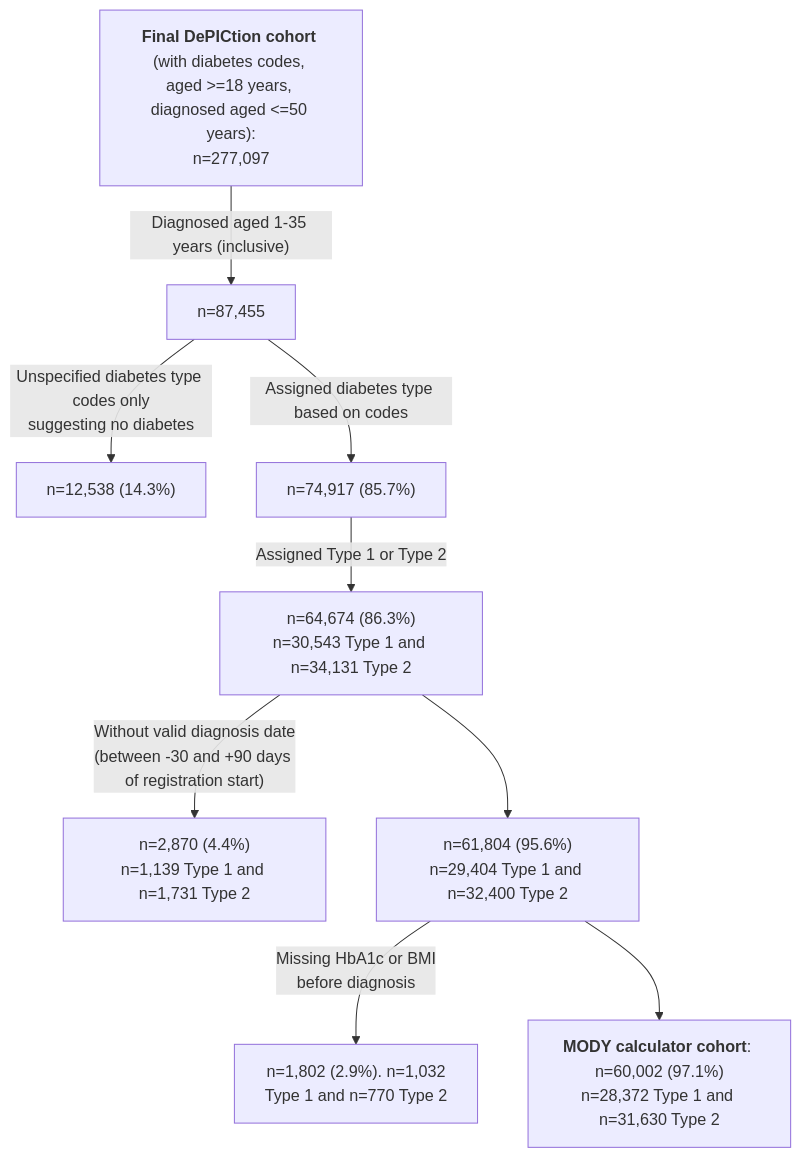
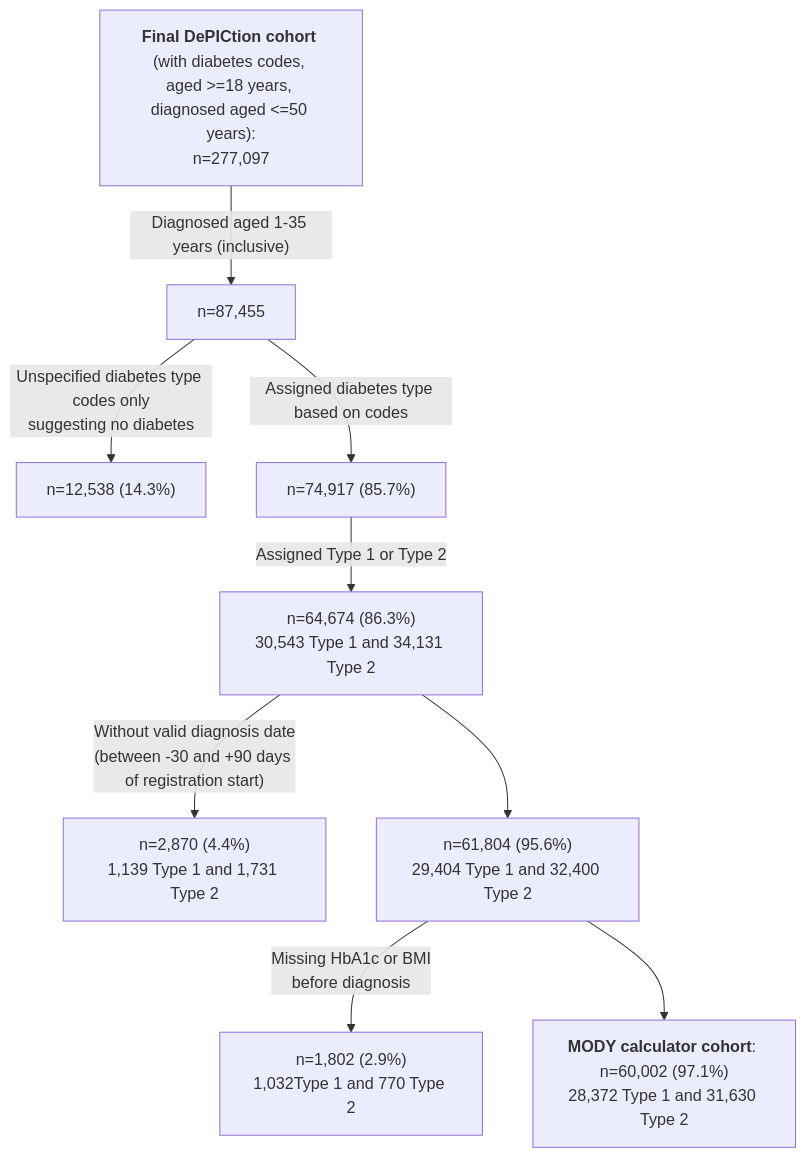
One commit to Exeter-Diabetes/CPRD-Katie-DePICtion-Scripts changed the third of 4 diagrams in README.md. Above: the diagram before and after it, drawn with Mermaid. The commit also changed other lines of this file, not shown here.

````diff
--- a/README.md
+++ b/README.md
@@ -87,13 +87,13 @@
 ```mermaid
 graph TD;
     A["<b>Final DePICtion cohort</b> (with diabetes codes, <br>aged >=18 years, diagnosed aged <=50 years):<br>n=277,097"] --> |"Diagnosed aged 1-35 years (inclusive)"| B["n=87,455"]
     B --> |"Unspecified diabetes type codes only<br>suggesting no diabetes"| C["n=12,538 (14.3%)"]
     B --> |"Assigned diabetes type based on codes"| D["n=74,917 (85.7%)"]
-    D --> |"Assigned Type 1 or Type 2"| E["n=64,674 (86.3%)<br>n=30,543 Type 1 and n=34,131 Type 2"]
-    E --> |"Without valid diagnosis date<br>(between -30 and +90 days of registration start)"| F["n=2,870 (4.4%)<br>n=1,139 Type 1 and n=1,731 Type 2"]
-    E --> G["n=61,804 (95.6%)<br>n=29,404 Type 1 and n=32,400 Type 2"]
-    G --> |"Missing HbA1c or BMI<br>before diagnosis"|H["n=1,802 (2.9%). n=1,032<br>Type 1 and n=770 Type 2"]
-    G --> I["<b>MODY calculator cohort</b>: n=60,002 (97.1%)<br>n=28,372 Type 1 and n=31,630 Type 2"]
+    D --> |"Assigned Type 1 or Type 2"| E["n=64,674 (86.3%)<br>30,543 Type 1 and 34,131 Type 2"]
+    E --> |"Without valid diagnosis date<br>(between -30 and +90 days of registration start)"| F["n=2,870 (4.4%)<br>1,139 Type 1 and 1,731 Type 2"]
+    E --> G["n=61,804 (95.6%)<br>29,404 Type 1 and 32,400 Type 2"]
+    G --> |"Missing HbA1c or BMI<br>before diagnosis"|H["n=1,802 (2.9%)<br>1,032Type 1 and 770 Type 2"]
+    G --> I["<b>MODY calculator cohort</b>: n=60,002 (97.1%)<br>28,372 Type 1 and 31,630 Type 2"]
    
    
 ```
````
